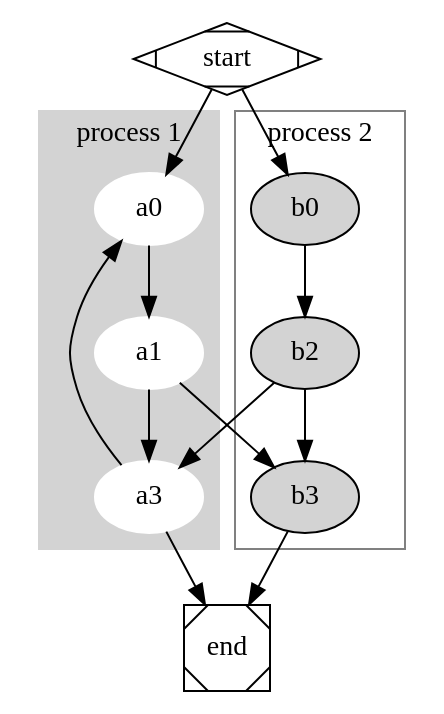
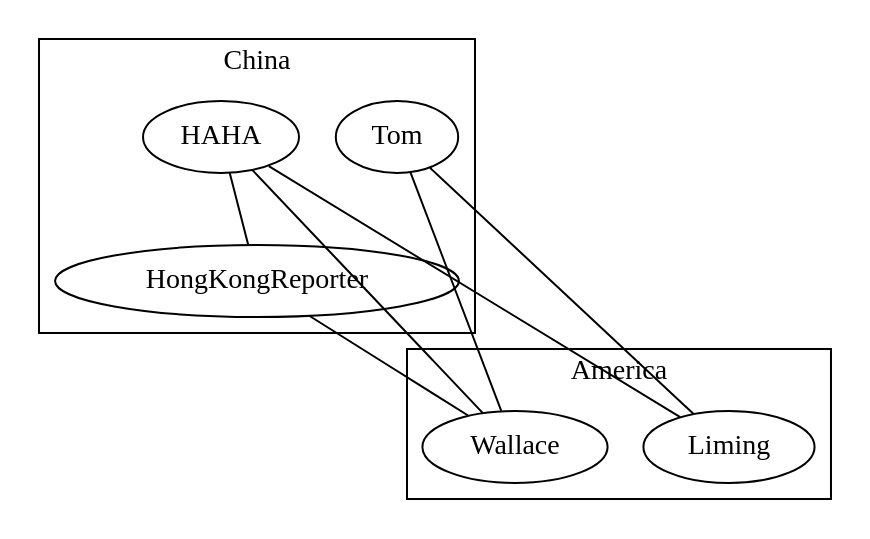
Before and after one commit to jeasonstudio/jeasonstudio.github.io: the diagram in content/about/_index.md, drawn with Graphviz. The commit also changed 1 other file, not shown here.

Commit message:
change about

````diff
--- a/content/about/_index.md
+++ b/content/about/_index.md
@@ -60,26 +60,21 @@
     ```dot
-    digraph G {
+    graph {
+      splines=line;
       subgraph cluster_0 {
-        style=filled;
-        color=lightgrey;
-        node [style=filled,color=white];
-        a0 -> a1 -> a3;
-        label = "process 1";
+        label="China";
+        Tom; HAHA; HongKongReporter
       }
+
       subgraph cluster_1 {
-        node [style=filled];
-        b0 -> b2 -> b3;
-        label = "process 2";
-        color=gray
+        label="America";
+        Liming; Wallace;
       }
-      start -> a0;
-      start -> b0;
-      a1 -> b3;
-      b2 -> a3;
-      a3 -> a0;
-      a3 -> end;
-      b3 -> end;
-      start [shape=Mdiamond];
-      end [shape=Msquare];
+
+      Tom -- Wallace;
+      Tom -- Liming;
+      HAHA -- Liming;
+      HAHA -- Wallace;
+      HAHA -- HongKongReporter;
+      HongKongReporter -- Wallace;
     }
     ```
````
